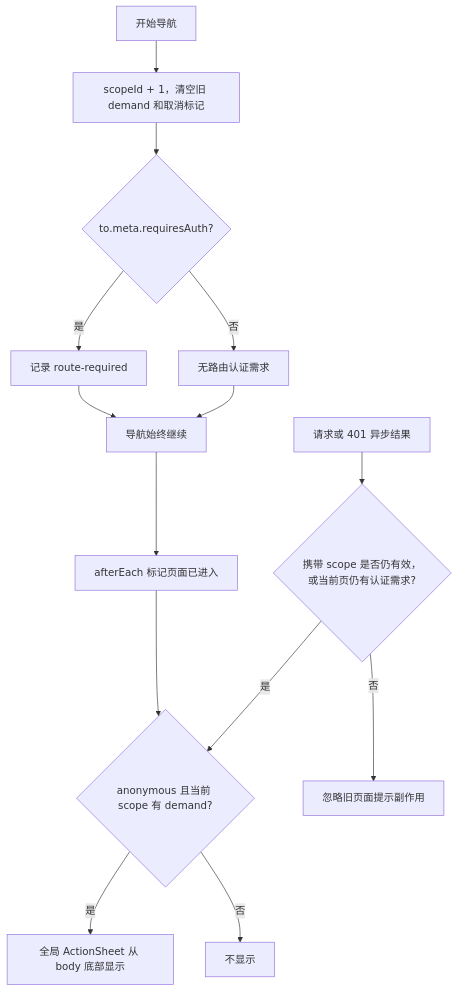
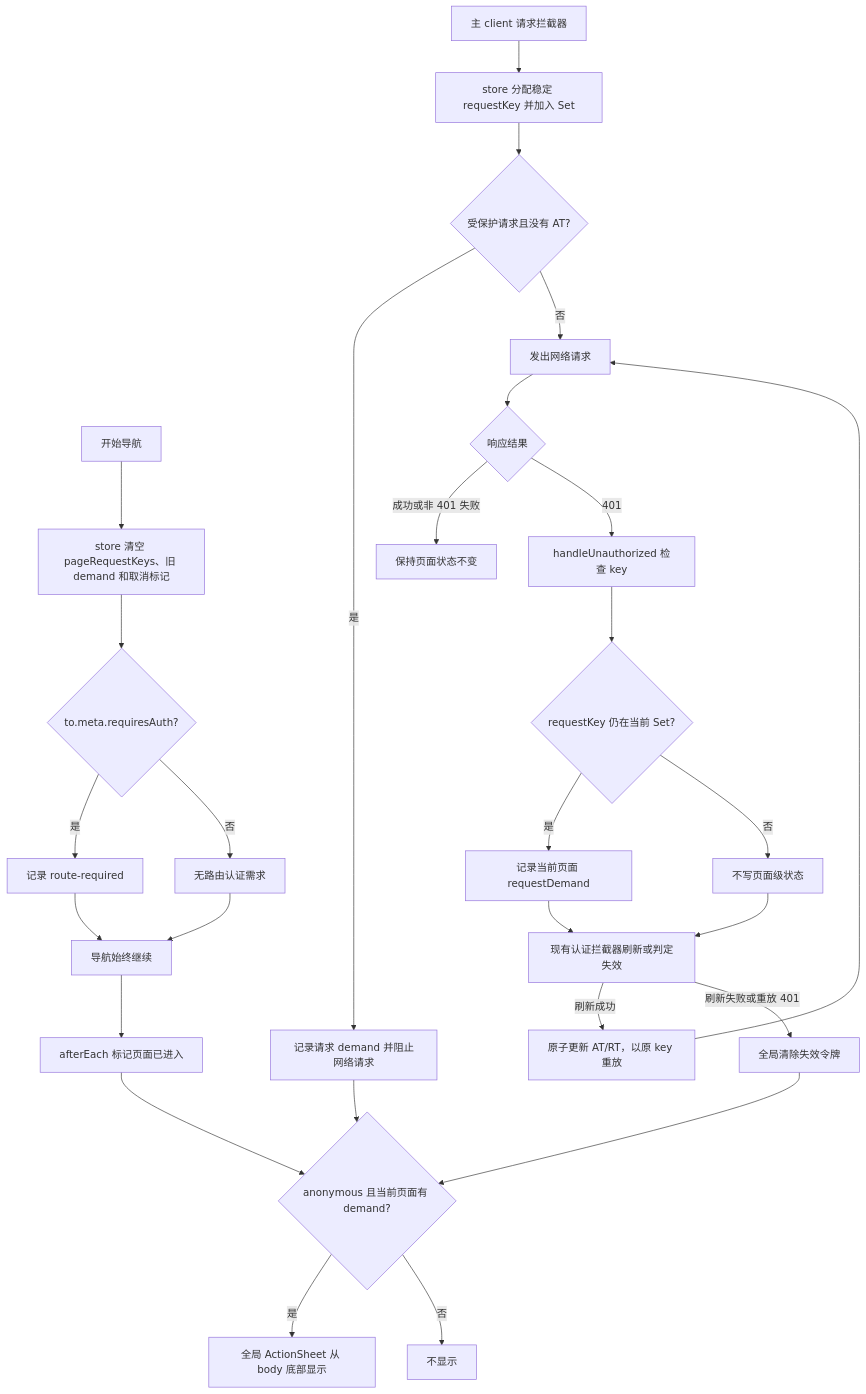
The second of 2 diagrams in docs/plans/mobile-application-plan.md (1gnilc/novum), drawn with Mermaid before and after one commit. The commit also changed other lines of this file, not shown here.

````diff
--- a/docs/plans/mobile-application-plan.md
+++ b/docs/plans/mobile-application-plan.md
@@ -204,16 +250,30 @@
 ```mermaid
 flowchart TD
-    A[开始导航] --> B[scopeId + 1，清空旧 demand 和取消标记]
+    A[开始导航] --> B[store 清空 pageRequestKeys、旧 demand 和取消标记]
     B --> C{to.meta.requiresAuth?}
     C -->|是| D[记录 route-required]
     C -->|否| E[无路由认证需求]
     D --> F[导航始终继续]
     E --> F
     F --> G[afterEach 标记页面已进入]
-    G --> H{anonymous 且当前 scope 有 demand?}
+    G --> H{anonymous 且当前页面有 demand?}
     H -->|是| I[全局 ActionSheet 从 body 底部显示]
     H -->|否| J[不显示]
-    K[请求或 401 异步结果] --> L{携带 scope 是否仍有效，或当前页仍有认证需求?}
-    L -->|是| H
-    L -->|否| M[忽略旧页面提示副作用]
+    K[主 client 请求拦截器] --> L[store 分配稳定 requestKey 并加入 Set]
+    L --> M{受保护请求且没有 AT?}
+    M -->|是| P[记录请求 demand 并阻止网络请求]
+    P --> H
+    M -->|否| Q[发出网络请求]
+    Q --> R{响应结果}
+    R -->|成功或非 401 失败| S[保持页面状态不变]
+    R -->|401| T[handleUnauthorized 检查 key]
+    T --> U{requestKey 仍在当前 Set?}
+    U -->|是| V[记录当前页面 requestDemand]
+    U -->|否| W[不写页面级状态]
+    V --> X[现有认证拦截器刷新或判定失效]
+    W --> X
+    X -->|刷新成功| Y[原子更新 AT/RT，以原 key 重放]
+    Y --> Q
+    X -->|刷新失败或重放 401| Z[全局清除失效令牌]
+    Z --> H
 ```
````
